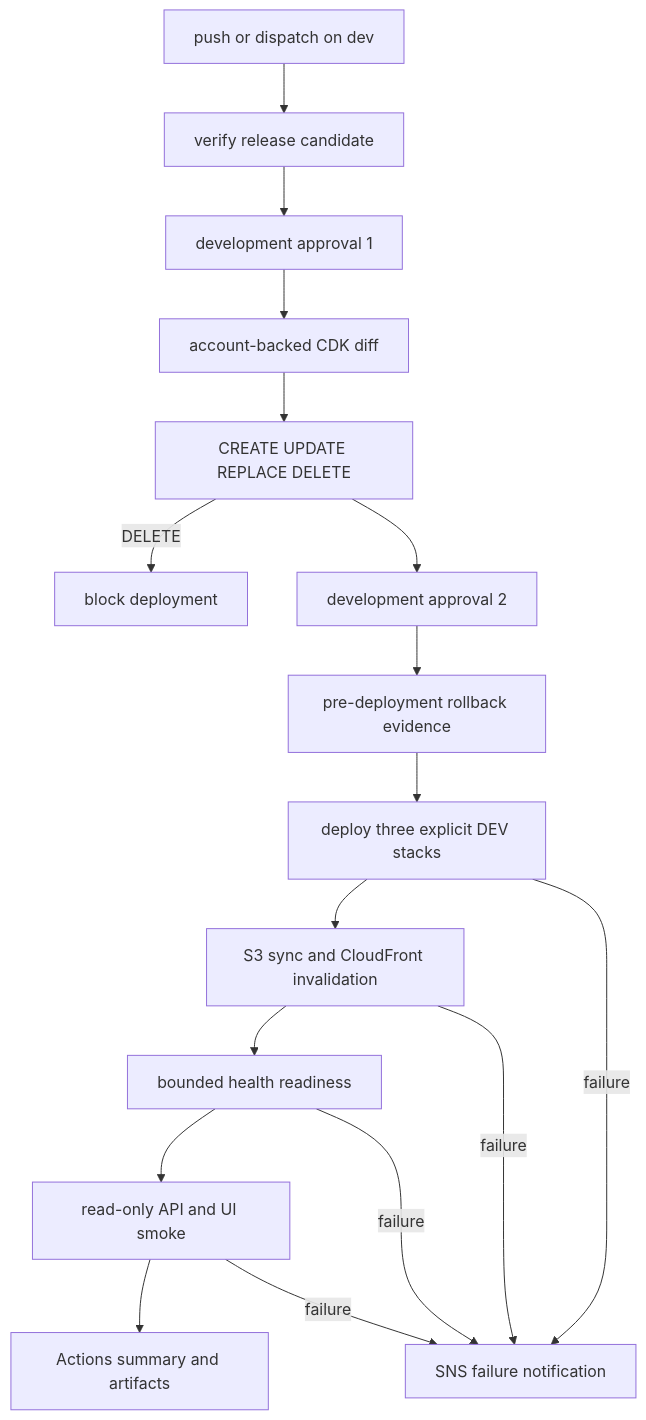
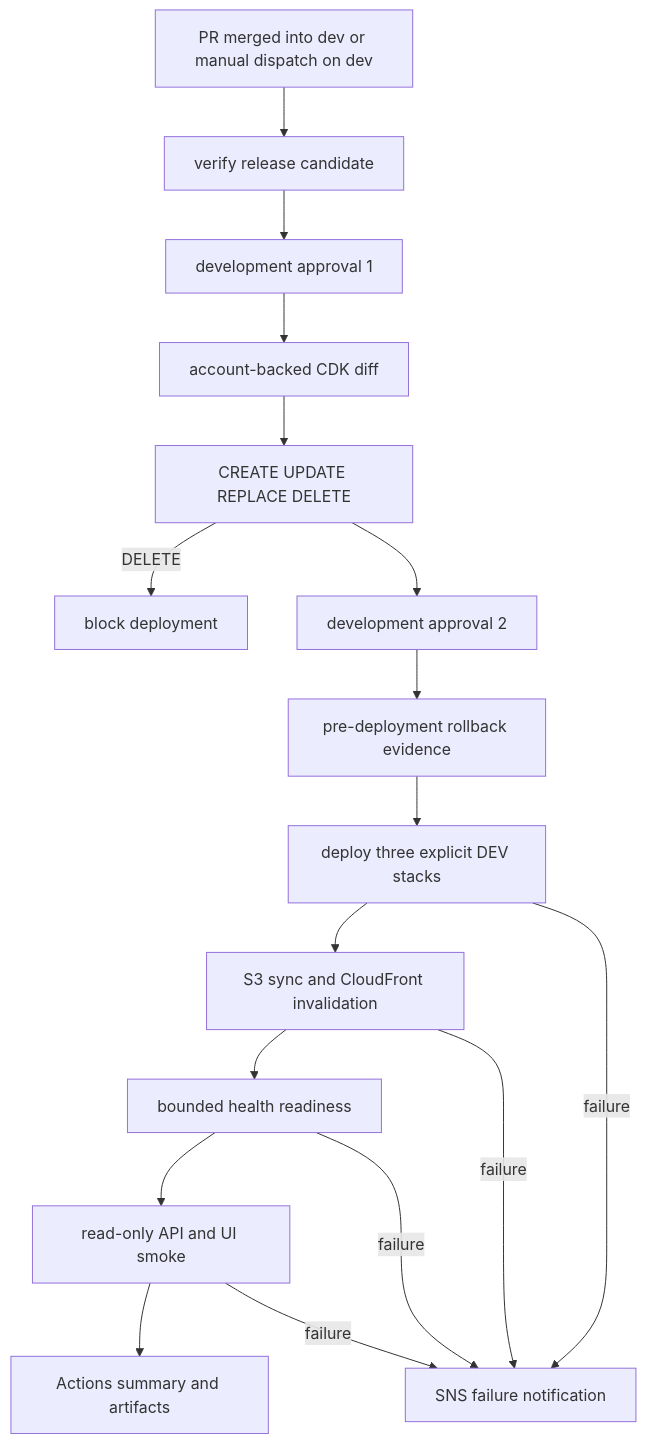
One commit to Shaobangzhu/chaoran-property-intelligence changed the diagram in docs/runbooks/aws-dev-deployment.md. Above: the diagram before and after it, drawn with Mermaid. The commit also changed other lines of this file and 2 other files, not shown here.

Commit message:
fix(delivery): deploy DEV only after merged pull requests

````diff
--- a/docs/runbooks/aws-dev-deployment.md
+++ b/docs/runbooks/aws-dev-deployment.md
@@ -19,19 +19,19 @@
 ```mermaid
 flowchart TD
-    Dev[push or dispatch on dev] --> Verify[verify release candidate]
+    Dev[PR merged into dev or manual dispatch on dev] --> Verify[verify release candidate]
     Verify --> Approval1[development approval 1]
     Approval1 --> Diff[account-backed CDK diff]
     Diff --> Classify[CREATE UPDATE REPLACE DELETE]
     Classify -->|DELETE| Block[block deployment]
     Classify --> Approval2[development approval 2]
     Approval2 --> Evidence[pre-deployment rollback evidence]
     Evidence --> Deploy[deploy three explicit DEV stacks]
     Deploy --> Web[S3 sync and CloudFront invalidation]
     Web --> Ready[bounded health readiness]
     Ready --> Smoke[read-only API and UI smoke]
     Smoke --> Results[Actions summary and artifacts]
     Deploy -->|failure| Failure[SNS failure notification]
     Web -->|failure| Failure
     Ready -->|failure| Failure
     Smoke -->|failure| Failure
 ```
````
